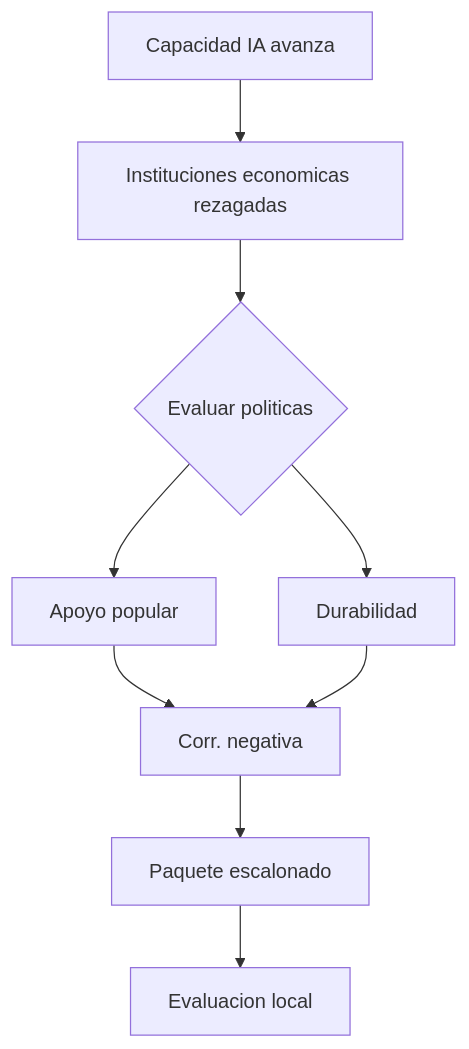
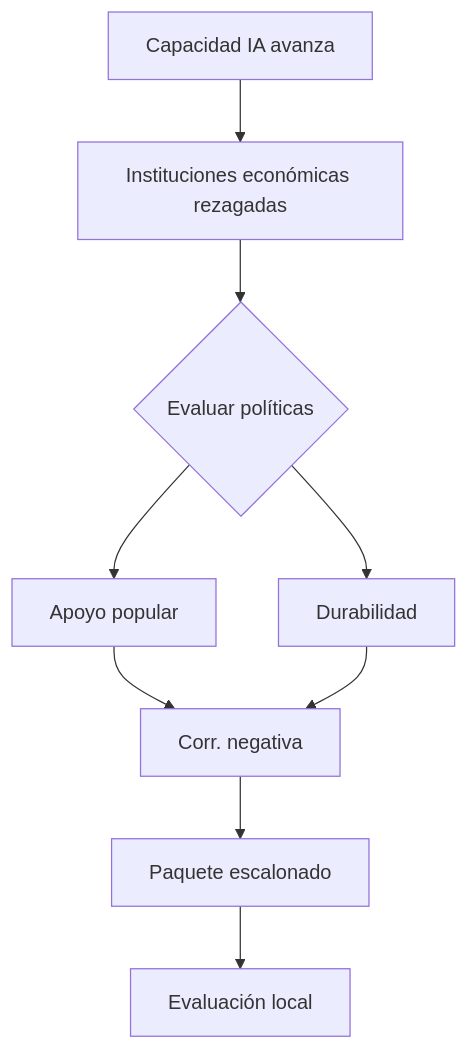
The diagram in _posts/2026-11-26-deepmind-economic-policy-agi.md (jsbaez/jsbaez.github.io), drawn with Mermaid before and after one commit. The commit also changed other lines of this file, not shown here.

````diff
--- a/_posts/2026-11-26-deepmind-economic-policy-agi.md
+++ b/_posts/2026-11-26-deepmind-economic-policy-agi.md
@@ -50,11 +50,11 @@
 ```mermaid
 flowchart TD
-    A[Capacidad IA avanza] --> B[Instituciones economicas rezagadas]
-    B --> C{Evaluar politicas}
+    A[Capacidad IA avanza] --> B[Instituciones económicas rezagadas]
+    B --> C{Evaluar políticas}
     C --> D[Apoyo popular]
     C --> E[Durabilidad]
     D --> F[Corr. negativa]
     E --> F
     F --> G[Paquete escalonado]
-    G --> H[Evaluacion local]
+    G --> H[Evaluación local]
 ```
````
